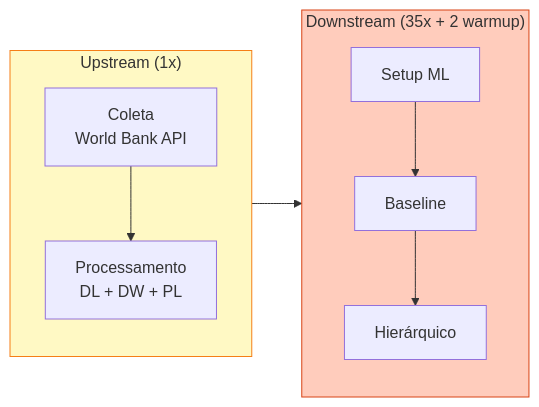
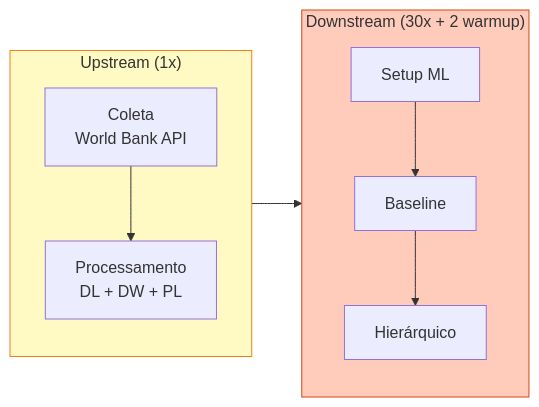
The second of 6 diagrams in docs/pipeline_diagram.md (DATA-UFMS/rampart-framework), drawn with Mermaid before and after one commit. The commit also changed other lines of this file, not shown here.

Commit message:
docs: atualiza pipeline_diagram com n=30, dados v4 e auto-gate

````diff
--- a/docs/pipeline_diagram.md
+++ b/docs/pipeline_diagram.md
@@ -190,22 +190,22 @@
 ```mermaid
 flowchart LR
     subgraph U ["Upstream (1x)"]
         direction TB
         C["Coleta\nWorld Bank API"]
         P["Processamento\nDL + DW + PL"]
         C --> P
     end
 
-    subgraph D ["Downstream (35x + 2 warmup)"]
+    subgraph D ["Downstream (30x + 2 warmup)"]
         direction TB
         S["Setup ML"]
         B["Baseline"]
         H["Hierárquico"]
         S --> B --> H
     end
 
     U --> D
 
     style U fill:#fff9c4,stroke:#f57f17
     style D fill:#ffccbc,stroke:#d84315
 ```
````
